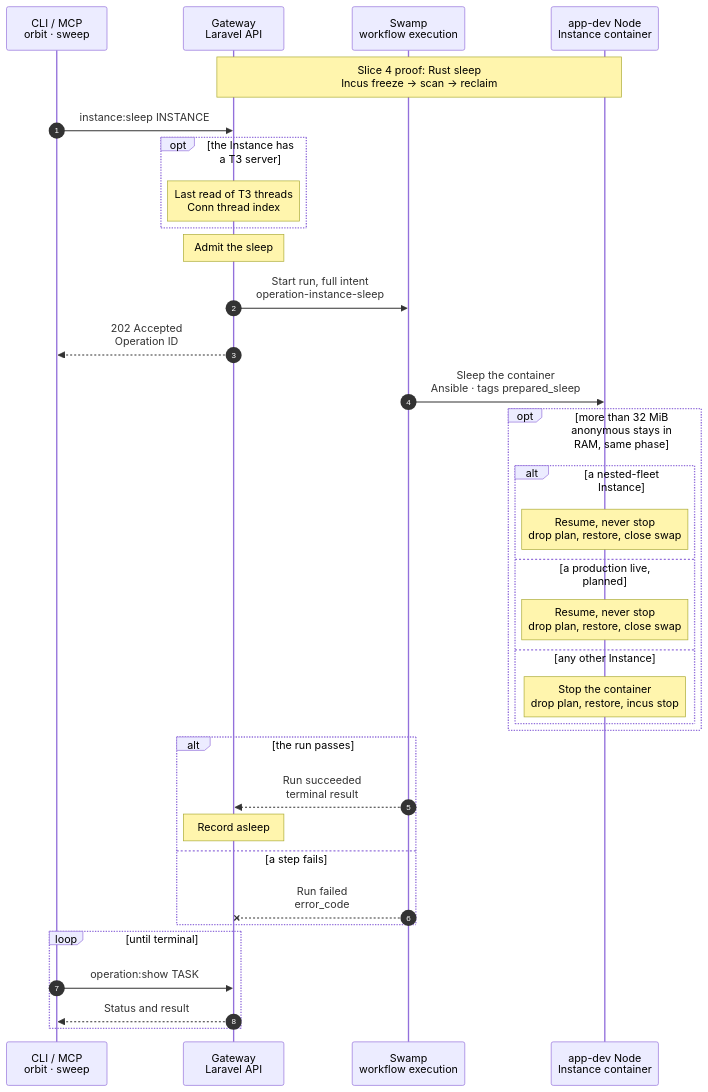
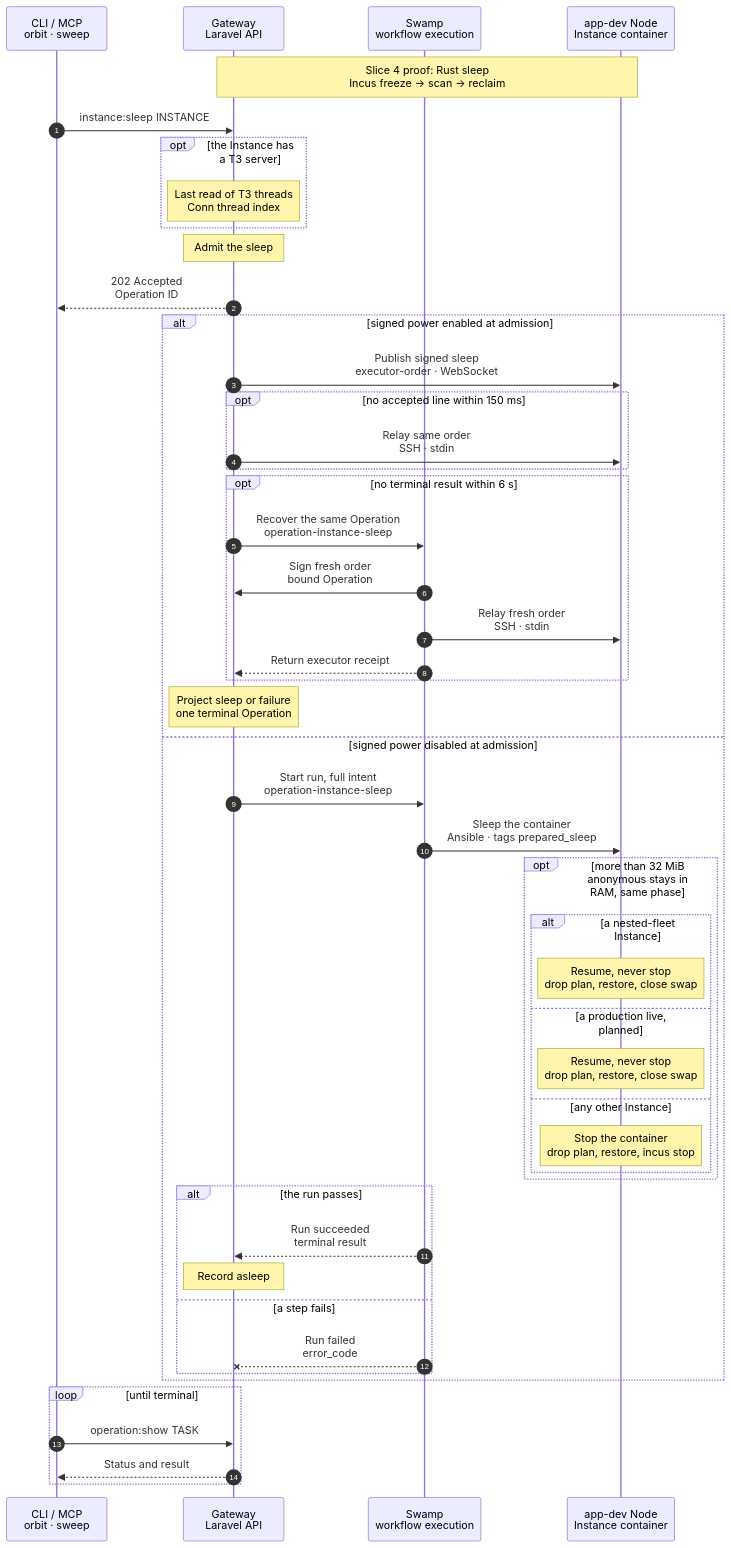
Before and after one commit to hardimpactdev/orbit: the diagram in docs/cli/instance/sleep.mmd, drawn with Mermaid. The commit also changed 7 other files, not shown here.

Commit message:
docs: specify signed instance power routing and recovery

```diff
--- a/docs/cli/instance/sleep.mmd
+++ b/docs/cli/instance/sleep.mmd
@@ -1,121 +1,139 @@
 sequenceDiagram
   %% Container runtime (ADR 0250 step 8, ADR 0261, docs/reference/development-containers.md#sleep-and-wake, docs/reference/prepared-restore.md): freeze a development container, record the pages its processes had resident, move its memory to swap and leave its Route on the wake page. Defaults and nested-fleet Instances sleep under the same rule as clones (owner decision 2026-11-14). The hibernation sweep admits the same kind after an idle hour; the command admits it at once. Planned (ADR 0265, docs/reference/production-containers.md#sleep-and-wake): a production Instance's live release container sleeps by the same rule on its app-prod Node, and never takes the stop.
   %% status: draft
   %% command: instance:sleep
   %% kind: instance.sleep
-  %% ADR 0266 slice 4: the proof-only executor.power_proof Operation signs sleep/discard; production instance.sleep stays below until slices 7/8.
+  %% ADR 0266 slice 7: ordinary sleep and the idle sweep share one admitted Operation and one signed action.
   %% Executor sleep: record and fsync non-max subtree swap limits, open them, freeze through Incus local API, scan every process in parallel (readable mappings, pagemap bits 63 OR 62, excluding bit 58 guard markers), atomically fsync the plan, reclaim until memory.current settles or 2 s, apply the 32 MiB anonymous policy, write the asleep marker. Recovery keeps an existing valid plan. Discard removes plan and limits after stop/destroy/fresh boot.
   autonumber
   %% lane CLI icon=terminal pill=caller tone=gray
   %% lane GW icon=gateway pill=intent tone=blue
   %% lane SW icon=workflow pill=executes tone=green
   %% lane N icon=server pill=target tone=amber
   participant CLI as CLI / MCP<br/>orbit · sweep
   participant GW as Gateway<br/>Laravel API
   participant SW as Swamp<br/>workflow execution
   participant N as app-dev Node<br/>Instance container
   Note over GW,N: Slice 4 proof: Rust sleep<br/>Incus freeze → scan → reclaim
   %%> Executor proof path:
   %%> - a durable executor.power_proof Operation signs sleep or discard; the observer only relays bytes
   %%> - Rust records non-max swap limits and fsyncs; Incus API freeze; parallel whole-subtree capture includes every readable present-or-swapped page (bits 63 and 62), excluding bit 58 guard markers inside readable mappings
   %%> - Rust atomically fsyncs the plan; reclaim settles within 2 s; the unchanged 32 MiB residual policy applies; the marker comes last
   %%> - discard drops the Rust plan and limits after stop, destroy or fresh boot; no production flow switches in this slice
   %%> - sleep and discard first wait up to 10 s for a stalled restore read of an earlier wake of the same target, else `instance.restore_readers_busy`
   CLI->>GW: instance:sleep INSTANCE
   %%> Command:
   %%> - `orbit instance:sleep INSTANCE`
   %%> - syntax: `<instance-id> [--json]`
   %%> Callers:
   %%> - the command, at once
   %%> - the idle sleep of the runtime hibernator, every 10 min, after it read no HTTP, wake or deployment activity for an hour and, for an Instance with a T3 server, no T3 activity and no running turn (docs/reference/development-containers.md#sleep-and-wake)
   %%> - planned: the same sweep and command for a production Instance; they act on its live release container, which has no T3 server
   opt the Instance has a T3 server
     Note over GW: Last read of T3 threads<br/>Conn thread index
     %%> When:
     %%> - after the refusals and the replay of a repeated request, before the Instance lock; within 3 seconds
     %%> - only while Conn and its index switch `ORBIT_CONN_THREAD_INDEX_POLL` are on; the sleep setting does not matter
     %%> - a default has no T3 server: nothing to read
     %%> What it does:
     %%> - reads the container T3 server's threads once more, so the index keeps them while the Instance sleeps (docs/reference/conn.md#thread-index)
     %%> On failure:
     %%> - the index keeps its earlier rows; the sleep goes on
   end
   Note over GW: Admit the sleep
   %%> When:
   %%> - an active development container, a default and a nested-fleet Instance included; take the Instance lock
   %%> - planned: a production Instance's live release container; hot and old are never admitted, and the sweep reports `not_live` for them; an open deploy or rollback keeps the Instance awake (`busy`)
   %%> On failure:
   %%> - no container, a non-development Instance, an active task or lifecycle work starts no run
   %%> - planned: the reason `not_development` goes; a production Instance is admitted for its live only
+  GW-->>CLI: 202 Accepted<br/>Operation ID
+  alt signed power enabled at admission
+    %% path: signed-sleep
+    GW->>N: Publish signed sleep<br/>executor-order · WebSocket
+    %%> - Check the loaded Caddy rule before any freeze and put up the marker before the app stops answering. Without a published Route there is no site to check.
+    %%> - The executor owns freeze, capture, swap and the final marker; it rolls back a failed freeze and never stops a nested fleet.
+    opt no accepted line within 150 ms
+      GW->>N: Relay same order<br/>SSH · stdin
+    end
+    opt no terminal result within 6 s
+      GW->>SW: Recover the same Operation<br/>operation-instance-sleep
+      SW->>GW: Sign fresh order<br/>bound Operation
+      SW->>N: Relay fresh order<br/>SSH · stdin
+      SW-->>GW: Return executor receipt
+    end
+    Note over GW: Project sleep or failure<br/>one terminal Operation
+    %%> - A known refusal or failure does not start recovery or record asleep. Repeated deliveries return the first result without freezing twice.
+  else signed power disabled at admission
   GW->>SW: Start run, full intent<br/>operation-instance-sleep
-  GW-->>CLI: 202 Accepted<br/>Operation ID
   SW->>N: Sleep the container<br/>Ansible · tags prepared_sleep
   %%> What it does:
   %%> - one phase: first installs the power helper from this commit when it differs and probes it, so a failed install changes nothing a visitor sees
   %%> - checks that Caddy's loaded site of the Instance has the asleep rule, else `instance.sleep_route_unready`; an Instance without a published Route has no site and nothing to check; the intent's `route` says which
   %%> - writes the asleep marker, so each request from now on gets the wake page
   %%> - runs `orbit-instance-power prepare` as the unit `orbit-instance-power-<id>`, the Instance's lock; a busy lock is retried 0.25 s apart, 40 times
   %%> - prepare reads the state from Incus first; running: removes the earlier plan and `sleep.json`, writes `max` to `memory.swap.max` of every cgroup of the subtree that holds 0 and records them in `limits.json` before the pause; `incus pause`
   %%> - prepare, frozen: lists `cgroup.procs` of the whole subtree, every process alike, and records each one's identity and the resident pages of its readable mappings; publishes the plan atomically; one `memory.reclaim`
   %%> - then runs `orbit-instance-power residual` until anonymous and file memory are 0, 20 calls 0.1 s apart, through the same call and busy rule as `prepare`; each call reads `memory.stat` once and stores it in `sleep.json`; the last one is what stays in RAM
   %%> - a frozen container stays as it is, keeps its plan for the next wake and reports the earlier sleep's result from `sleep.json`; a stopped one stays stopped, its old plan is discarded, `not_applicable`
   %%> - a busy lock is only systemd's `UnitExists` refusal; a helper crash fails the phase with `instance.power_helper_failed`, never retried
   %%> - a nested-fleet Instance gets no plan: `skipped`, `placement_unproven`
   %%> Why:
   %%> - one phase: each Ansible start costs about 4 s
   %%> - the marker comes before the freeze: a request during the freeze gets the wake page, not a hang
   %%> - the plan is taken frozen, so it is exact; the reclaim follows it, so nothing stays in RAM by design
   %%> - with only the outer cgroup open, 1,531 MiB of a nested default stayed in RAM: a cgroup with 0 keeps its pages
   %%> - a cgroup swaps only as far as its ancestors allow, and Incus writes 0 unless `limits.memory.swap` is a byte size: a nested-fleet container has it equal to its memory, so its own cgroup never caps the swap of its fleet's Instances
   %%> Not included:
   %%> - no HTTP request, no command in the container, no app file read, no route or process-name choice
   %%> On failure:
   %%> - a capture that is unsupported, too large (docs/reference/prepared-restore.md#bounds) or too slow leaves no plan; the sleep goes on, `skipped` with its reason
   %%> - a failed swap write or pause closes each limit it opened and removes the marker, `instance.container_freeze_failed`; the container serves as before
   opt more than 32 MiB anonymous stays in RAM, same phase
     alt a nested-fleet Instance
       Note over N: Resume, never stop<br/>drop plan, restore, close swap
       %%> Why:
       %%> - a stop loses the Club key in /run and the tunnel `wg-nested`; only a deployment or a start gives them back
       %%> Result:
       %%> - the container runs again, swap closes on each cgroup the freeze opened, the marker goes; the run fails `instance.container_freeze_failed`
       %%> - the Instance serves as before; free swap and run the command again
     else a production live, planned
       Note over N: Resume, never stop<br/>drop plan, restore, close swap
       %%> Why:
       %%> - a stopped live would cold-boot its Processes and timers at the next visit (ADR 0265)
       %%> Result:
       %%> - live runs again, swap closes on each cgroup the freeze opened, the marker goes; the run fails `instance.container_freeze_failed`
       %%> - the sweep keeps live awake for one idle window with `swap_full`
     else any other Instance
       Note over N: Stop the container<br/>drop plan, restore, incus stop
       %%> Why:
       %%> - swap is full; a frozen container would hold RAM, which a sleep exists to free
       %%> Result:
       %%> - `sleep: stopped`; `discard --plan-only` dropped the plan before the resume, so no prefetch ran while swap is full; `skipped`, `stopped`; the next wake boots it behind the same marker
       %%> On failure:
       %%> - the resumed container runs: swap closes again, the marker goes, `instance.container_freeze_failed`
     end
   end
   alt the run passes
     %% path: main
     SW-->>GW: Run succeeded<br/>terminal result
     Note over GW: Record asleep
     %%> Result:
     %%> - the runtime's `power_state` is `stopped` for a frozen and a stopped container; the result says `sleep: frozen` or `sleep: stopped`, and `swap_subtree`, the number of inner cgroups the freeze opened
     %%> - `prepared_restore`: `ready` with the plan's processes, bytes and `prepare_seconds`, or `unsupported`, `skipped` or `not_applicable` with a reason; `residual_anon_bytes` and `residual_file_bytes` from the last read
     %%> - `t3_turn` is `idle` when the idle sleep read T3 first, `no_server` for an Instance without a T3 server, whoever started the sleep, and `not_checked` for the command
     %%> - the Conn layer shows its T3 server asleep; the hourly renewal skips it
     %%> - planned, a production live: Caddy holds each request that meets the marker while the wake runs (wake.mmd); live's swap opened for the sleep, and a running live never swaps
   else a step fails
     %% path: failed
     SW--xGW: Run failed<br/>error_code
     %%> Result:
     %%> - `power_state` stays as it was. A marker left on a running container is harmless: the next request wakes the Instance, which removes it
     %%> Retry:
     %%> - the same command again
   end
+  end
   loop until terminal
     CLI->>GW: operation:show TASK
     GW-->>CLI: Status and result
   end
```
